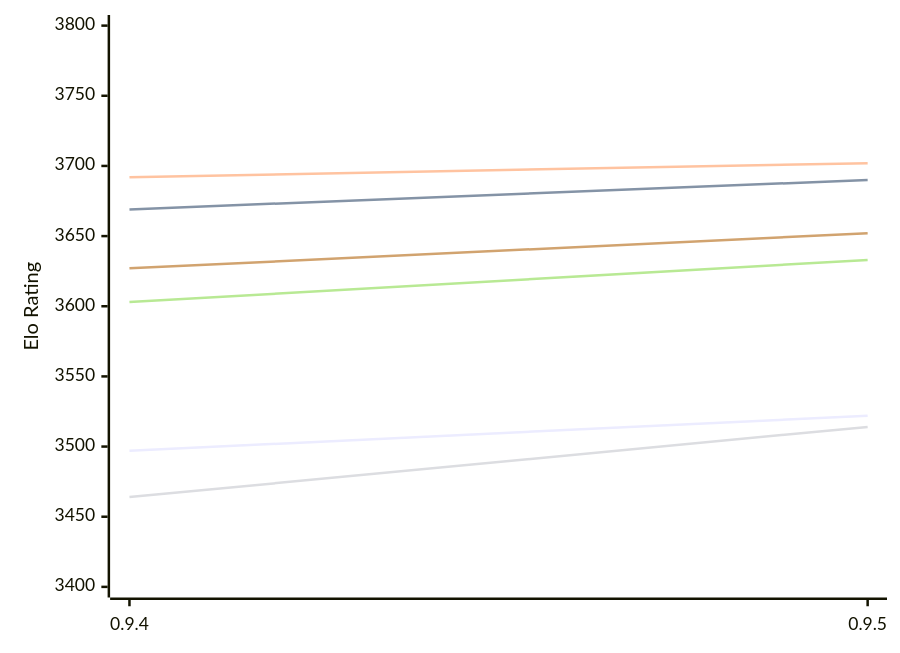
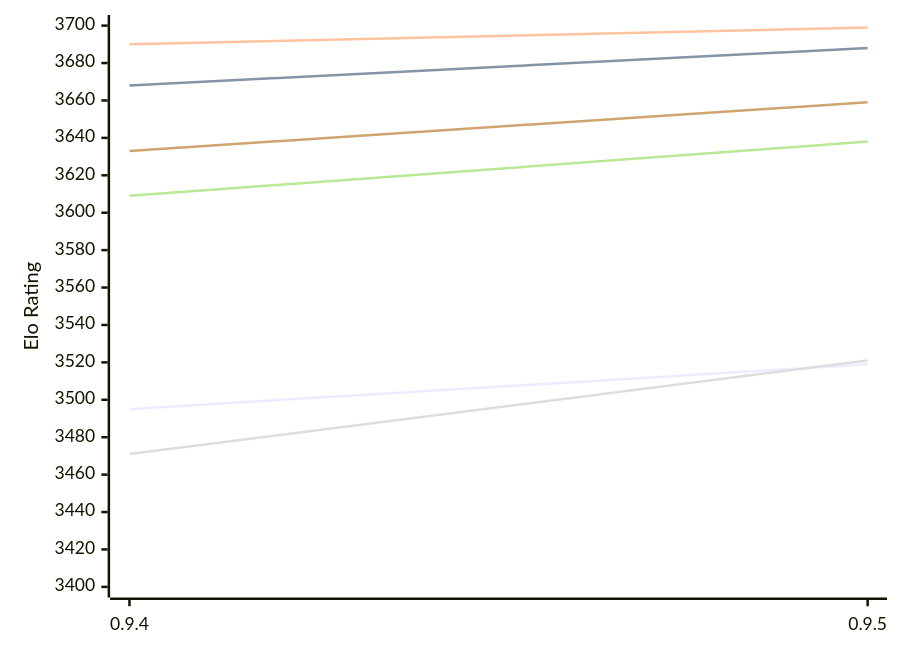
One commit to computer-chess-index/cci changed the first of 2 diagrams in engines/Coda.md. Above: the diagram before and after it, drawn with Mermaid. The commit also changed other lines of this file, not shown here.

Commit message:
Update CCI Ratings (ELO VLTC) - 2026-11-23

````diff
--- a/engines/Coda.md
+++ b/engines/Coda.md
@@ -52,12 +52,12 @@
 ```mermaid
 %%{init: {"theme":"base","themeVariables":{"seriesColors:['#a3a3a3','#222221','#faa371']}}}%%
 xychart-beta
   x-axis ["0.9.4", "0.9.5"]
-  y-axis "Elo Rating" 3400 --> 3800
-  line "E1: STC (8.0+0.08s)" [3497, 3522]
-  line "E1: LTC (60.0+0.60s)" [3669, 3690]
-  line "E1: VLTC (2m24s+1.12s)" [3692, 3702]
-  line "P1: STC (8.0+0.08s)" [3464, 3514]
-  line "P1: LTC (60.0+0.60s)" [3603, 3633]
-  line "P1: VLTC (2m24s+1.12s)" [3627, 3652]
+  y-axis "Elo Rating" 3400 --> 3700
+  line "E1: STC (8.0+0.08s)" [3495, 3519]
+  line "E1: LTC (60.0+0.60s)" [3668, 3688]
+  line "E1: VLTC (2m24s+1.12s)" [3690, 3699]
+  line "P1: STC (8.0+0.08s)" [3471, 3521]
+  line "P1: LTC (60.0+0.60s)" [3609, 3638]
+  line "P1: VLTC (2m24s+1.12s)" [3633, 3659]
 ```
````
